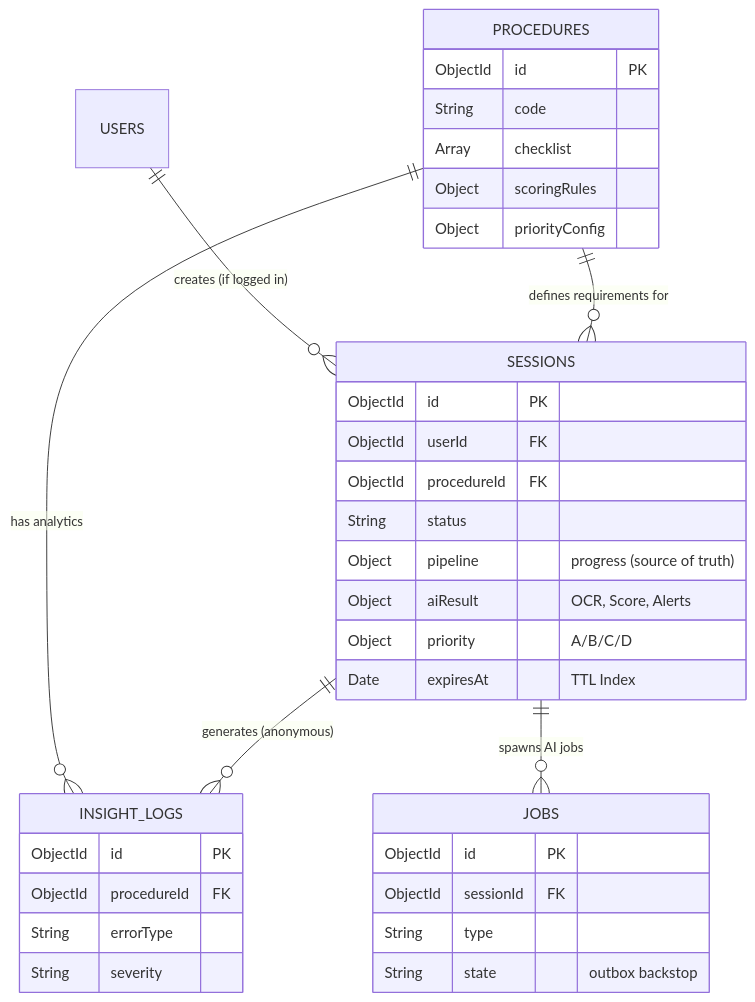
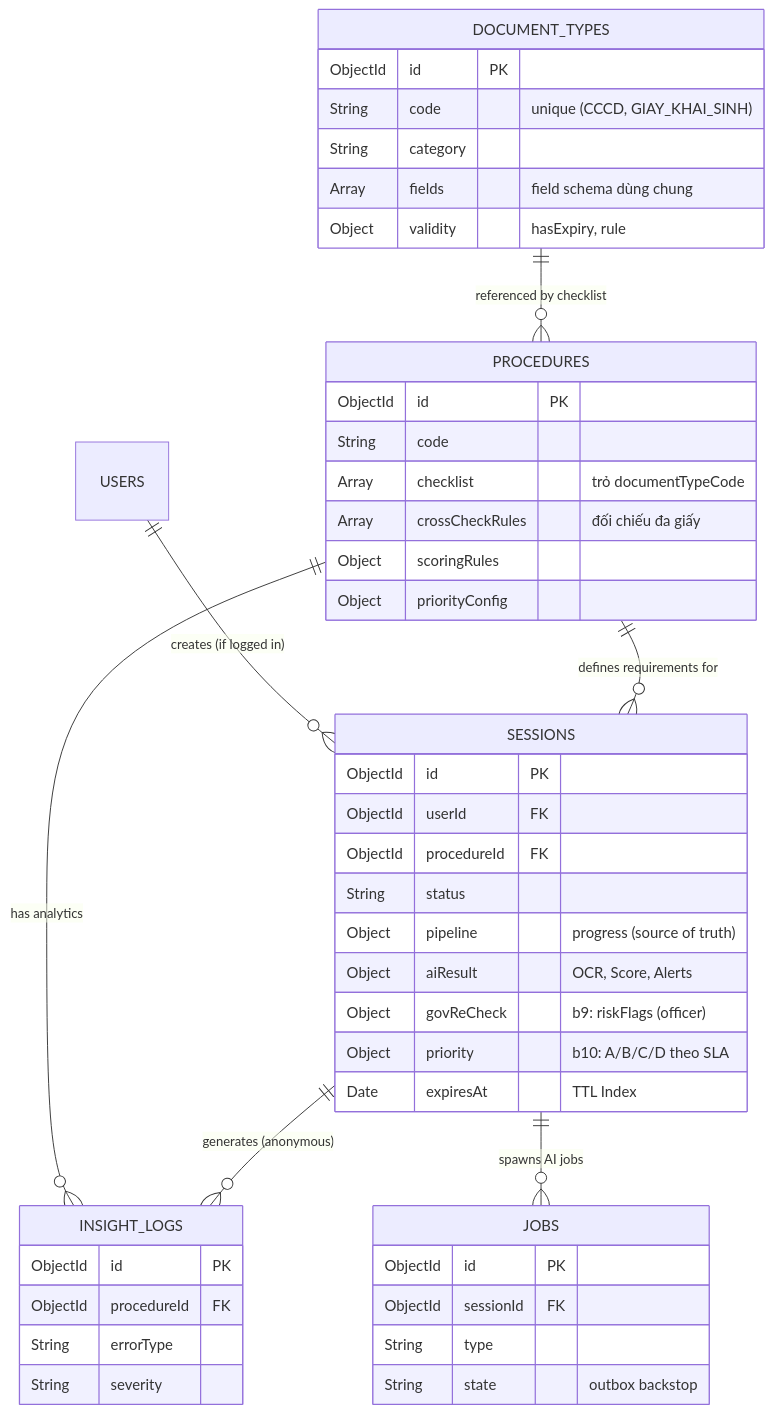
Before and after one commit to MPhuSE/GovTrust-AI: the diagram in docs/DATABASE_DESIGN.md, drawn with Mermaid. The commit also changed other lines of this file and 7 other files, not shown here.

````diff
--- a/docs/DATABASE_DESIGN.md
+++ b/docs/DATABASE_DESIGN.md
@@ -358,38 +452,48 @@
 ```mermaid
 erDiagram
     USERS ||--o{ SESSIONS : "creates (if logged in)"
     PROCEDURES ||--o{ SESSIONS : "defines requirements for"
+    DOCUMENT_TYPES ||--o{ PROCEDURES : "referenced by checklist"
     PROCEDURES ||--o{ INSIGHT_LOGS : "has analytics"
     SESSIONS ||--o{ INSIGHT_LOGS : "generates (anonymous)"
     SESSIONS ||--o{ JOBS : "spawns AI jobs"
 
+    DOCUMENT_TYPES {
+        ObjectId id PK
+        String code "unique (CCCD, GIAY_KHAI_SINH)"
+        String category
+        Array fields "field schema dùng chung"
+        Object validity "hasExpiry, rule"
+    }
     SESSIONS {
         ObjectId id PK
         ObjectId userId FK
         ObjectId procedureId FK
         String status
         Object pipeline "progress (source of truth)"
         Object aiResult "OCR, Score, Alerts"
-        Object priority "A/B/C/D"
+        Object govReCheck "b9: riskFlags (officer)"
+        Object priority "b10: A/B/C/D theo SLA"
         Date expiresAt "TTL Index"
     }
     PROCEDURES {
         ObjectId id PK
         String code
-        Array checklist
+        Array checklist "trỏ documentTypeCode"
+        Array crossCheckRules "đối chiếu đa giấy"
         Object scoringRules
         Object priorityConfig
     }
     JOBS {
         ObjectId id PK
         ObjectId sessionId FK
         String type
         String state "outbox backstop"
     }
     INSIGHT_LOGS {
         ObjectId id PK
         ObjectId procedureId FK
         String errorType
         String severity
     }
 ```
````
